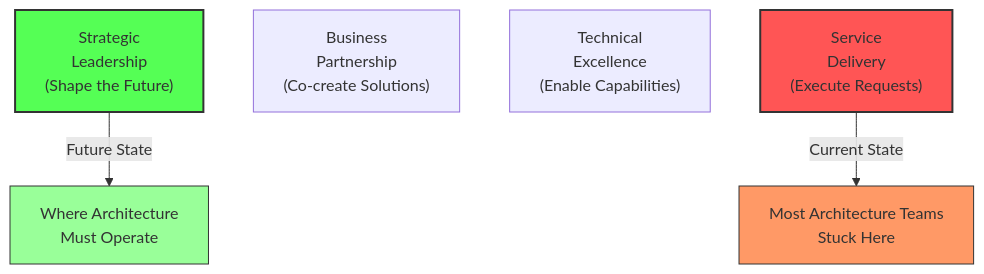
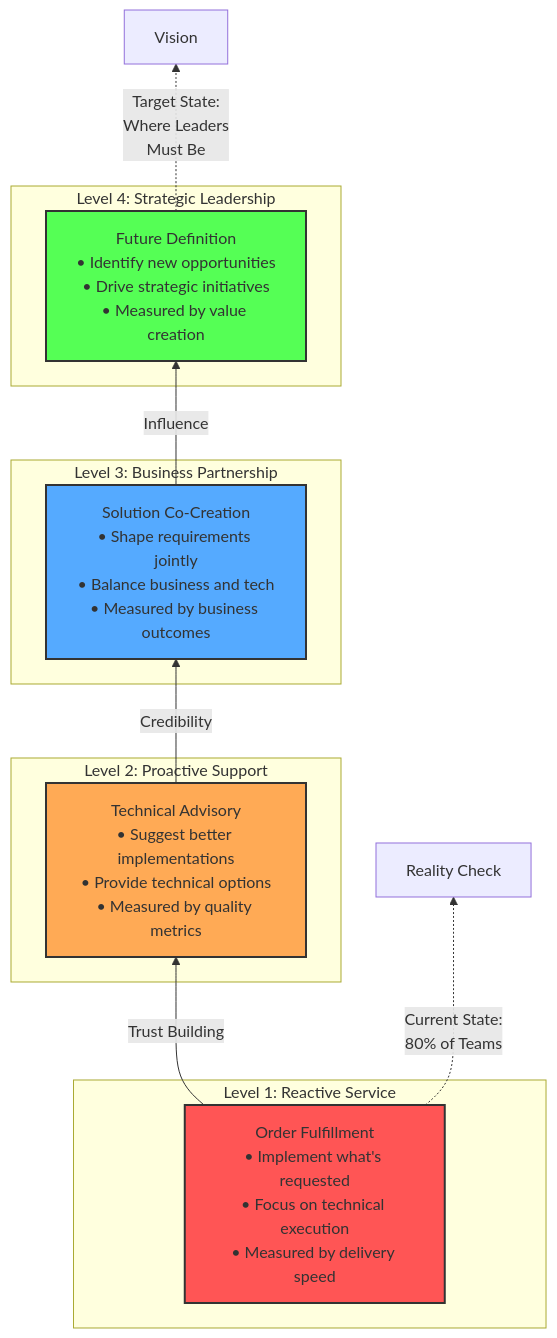
One commit to AliceNN-ucdenver/Iasa changed the seventh of 14 diagrams in cio-june.md. Above: the diagram before and after it, drawn with Mermaid. The commit also changed other lines of this file, not shown here.

````diff
--- a/cio-june.md
+++ b/cio-june.md
@@ -257,15 +257,30 @@
 ```mermaid
-flowchart TD
-    A["Strategic<br>Leadership<br>(Shape the Future)"] 
-    B["Business<br>Partnership<br>(Co-create Solutions)"]
-    C["Technical<br>Excellence<br>(Enable Capabilities)"]
-    D["Service<br>Delivery<br>(Execute Requests)"]
+flowchart BT
+    subgraph "Level 1: Reactive Service"
+        A1["Order Fulfillment<br>• Implement what's requested<br>• Focus on technical execution<br>• Measured by delivery speed"]
+    end
     
-    D -->|Current State| E["Most Architecture Teams<br>Stuck Here"]
-    A -->|Future State| F["Where Architecture<br>Must Operate"]
+    subgraph "Level 2: Proactive Support"
+        A2["Technical Advisory<br>• Suggest better implementations<br>• Provide technical options<br>• Measured by quality metrics"]
+    end
     
-    style D fill:#f55,stroke:#333,stroke-width:2px
-    style A fill:#5f5,stroke:#333,stroke-width:2px
-    style E fill:#f96,stroke:#333,stroke-width:1px
-    style F fill:#9f9,stroke:#333,stroke-width:1px
+    subgraph "Level 3: Business Partnership"
+        A3["Solution Co-Creation<br>• Shape requirements jointly<br>• Balance business and tech<br>• Measured by business outcomes"]
+    end
+    
+    subgraph "Level 4: Strategic Leadership"
+        A4["Future Definition<br>• Identify new opportunities<br>• Drive strategic initiatives<br>• Measured by value creation"]
+    end
+    
+    A1 -->|Trust Building| A2
+    A2 -->|Credibility| A3
+    A3 -->|Influence| A4
+    
+    A1 -.->|"Current State:<br>80% of Teams"| E1[Reality Check]
+    A4 -.->|"Target State:<br>Where Leaders<br>Must Be"| E2[Vision]
+    
+    style A1 fill:#f55,stroke:#333,stroke-width:2px
+    style A2 fill:#fa5,stroke:#333,stroke-width:2px
+    style A3 fill:#5af,stroke:#333,stroke-width:2px
+    style A4 fill:#5f5,stroke:#333,stroke-width:2px
 ```
````
